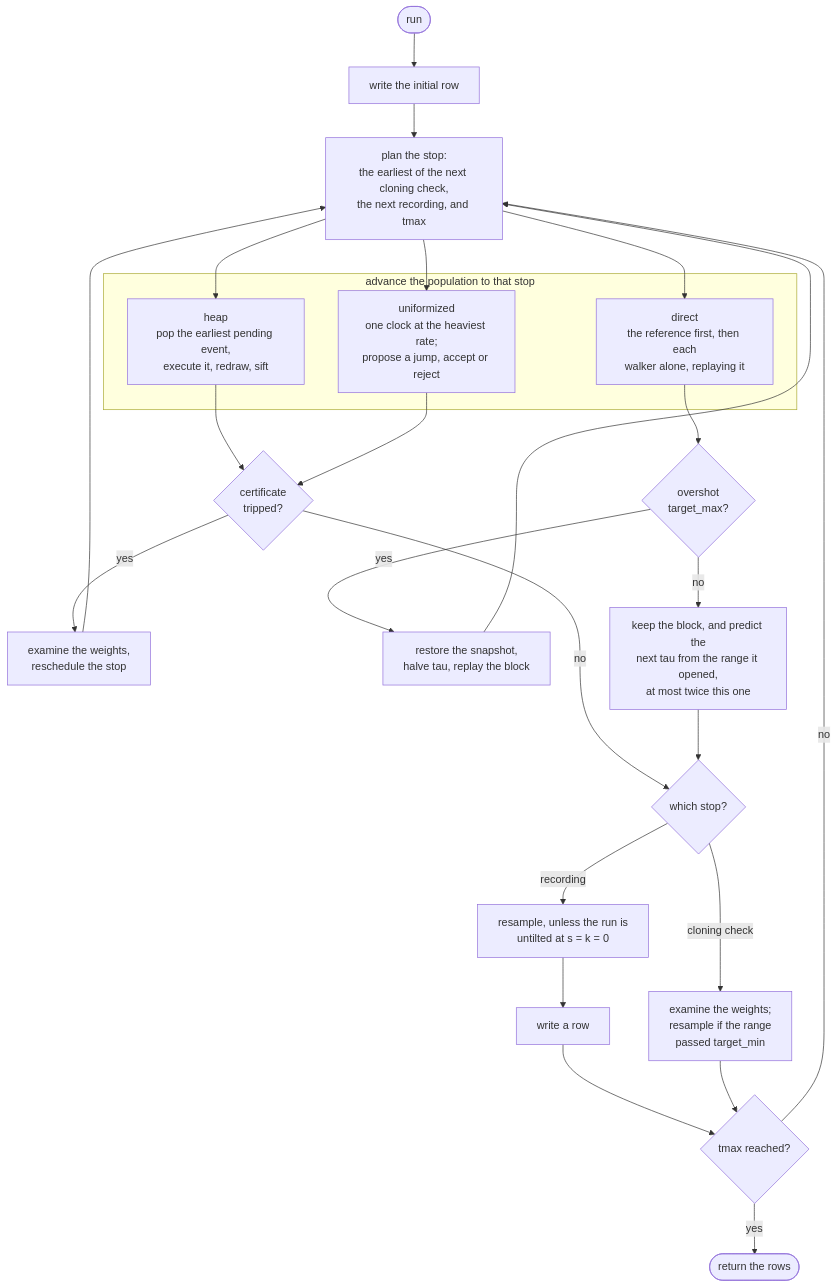
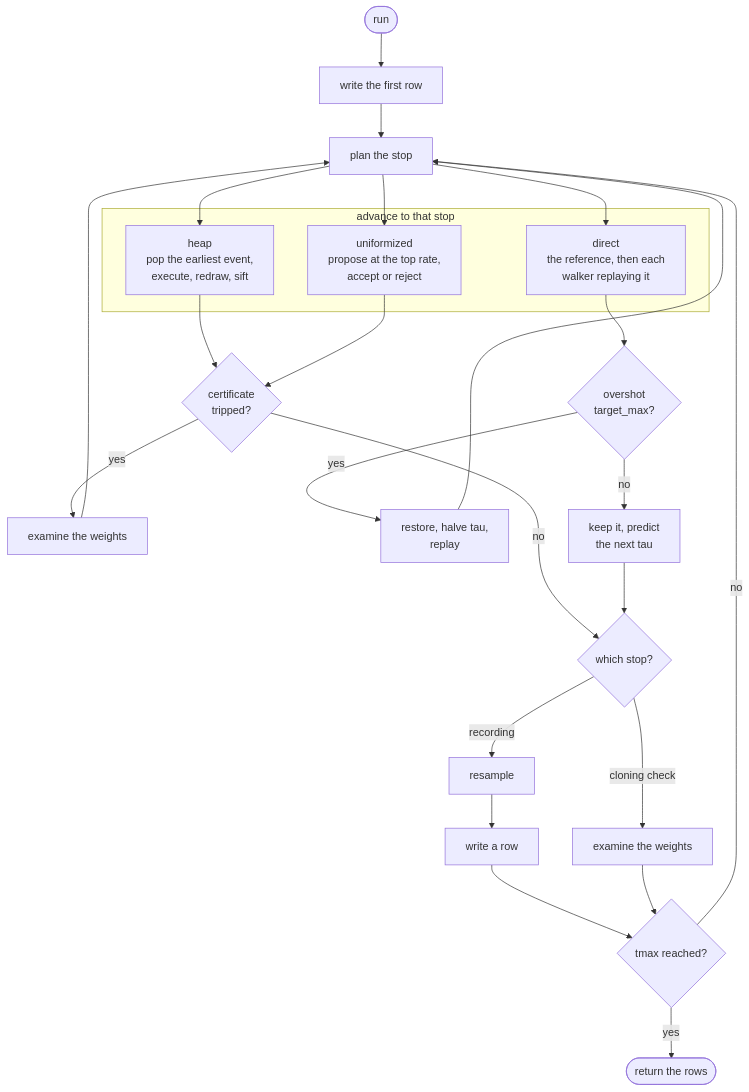
Before and after one commit to jcosta99/Rare-Events-Simulator: the second of 3 diagrams in Simulator/docs/SIMULATION_FLOW.md, drawn with Mermaid. The commit also changed other lines of this file, not shown here.

Commit message:
Flow Chart corrections

````diff
--- a/Simulator/docs/SIMULATION_FLOW.md
+++ b/Simulator/docs/SIMULATION_FLOW.md
@@ -56,38 +53,38 @@
 ```mermaid
 flowchart TD
-    start([run]) --> init["write the initial row"]
-    init --> plan["plan the stop:<br/>the earliest of the next cloning check,<br/>the next recording, and tmax"]
+    start([run]) --> init["write the first row"]
+    init --> plan["plan the stop"]
 
-    subgraph advance["advance the population to that stop"]
-        heap["heap<br/>pop the earliest pending event,<br/>execute it, redraw, sift"]
-        uni["uniformized<br/>one clock at the heaviest rate;<br/>propose a jump, accept or reject"]
-        dir["direct<br/>the reference first, then each<br/>walker alone, replaying it"]
+    subgraph advance["advance to that stop"]
+        heap["heap<br/>pop the earliest event,<br/>execute, redraw, sift"]
+        uni["uniformized<br/>propose at the top rate,<br/>accept or reject"]
+        dir["direct<br/>the reference, then each<br/>walker replaying it"]
     end
 
     plan --> heap
     plan --> uni
     plan --> dir
 
     heap --> cert
     uni --> cert
     cert{"certificate<br/>tripped?"}
-    cert -->|yes| early["examine the weights,<br/>reschedule the stop"]
+    cert -->|yes| early["examine the weights"]
     early --> plan
     cert -->|no| kind
 
     dir --> rev{"overshot<br/>target_max?"}
-    rev -->|yes| back["restore the snapshot,<br/>halve tau, replay the block"]
+    rev -->|yes| back["restore, halve tau,<br/>replay"]
     back --> plan
-    rev -->|no| grow["keep the block, and predict the<br/>next tau from the range it opened,<br/>at most twice this one"]
+    rev -->|no| grow["keep it, predict<br/>the next tau"]
     grow --> kind
 
     kind{"which stop?"}
-    kind -->|recording| force["resample, unless the run is<br/>untilted at s = k = 0"]
+    kind -->|recording| force["resample"]
     force --> row["write a row"]
-    kind -->|cloning check| maybe["examine the weights;<br/>resample if the range<br/>passed target_min"]
+    kind -->|cloning check| maybe["examine the weights"]
 
     row --> fin{"tmax reached?"}
     maybe --> fin
     fin -->|no| plan
     fin -->|yes| out([return the rows])
 ```
````
